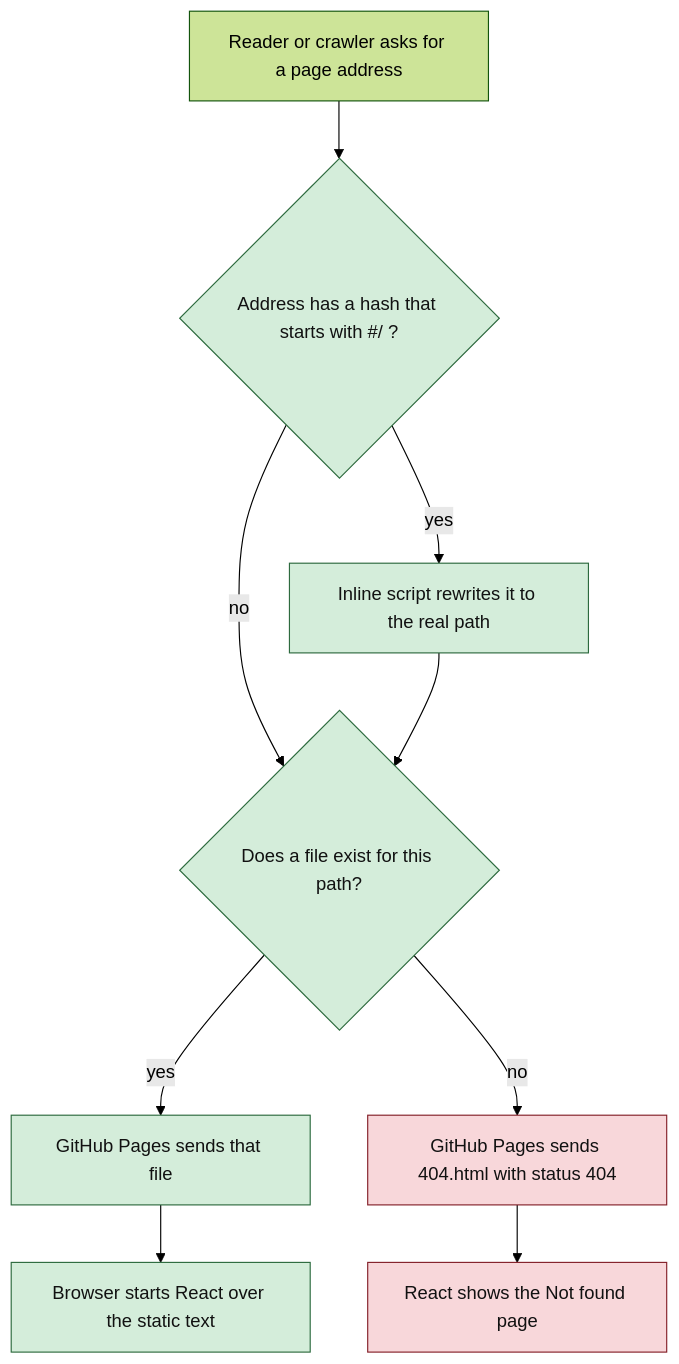
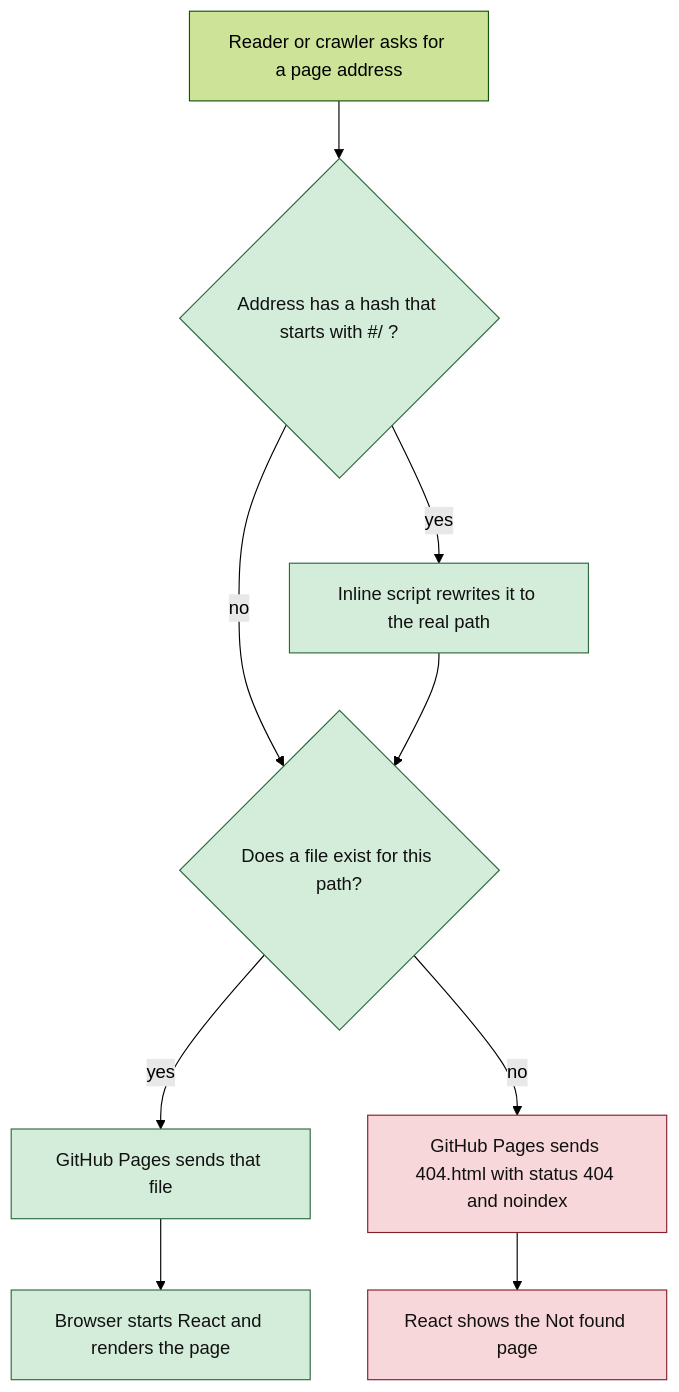
Before and after one commit to Sakethv7/sakethai-portfoliogen: diagram 17 of 20 in adr.md, drawn with Mermaid (forest theme). The commit also changed other lines of this file and 4 other files, not shown here.

````diff
--- a/adr.md
+++ b/adr.md
@@ -1156,15 +1158,15 @@
 ```mermaid
 flowchart TD
     A[Reader or crawler asks for a page address] --> B{Address has a hash that starts with #/ ?}
     B -- yes --> C[Inline script rewrites it to the real path]
     B -- no --> D{Does a file exist for this path?}
     C --> D
     D -- yes --> E[GitHub Pages sends that file]
-    D -- no --> F[GitHub Pages sends 404.html with status 404]
-    E --> G[Browser starts React over the static text]
+    D -- no --> F[GitHub Pages sends 404.html with status 404 and noindex]
+    E --> G[Browser starts React and renders the page]
     F --> H[React shows the Not found page]
     classDef new fill:#d4edda,stroke:#2d6a3e,color:#111
     classDef fail fill:#f8d7da,stroke:#842029,color:#111
     class B,C,D,E,G new
     class F,H fail
 ```
````
